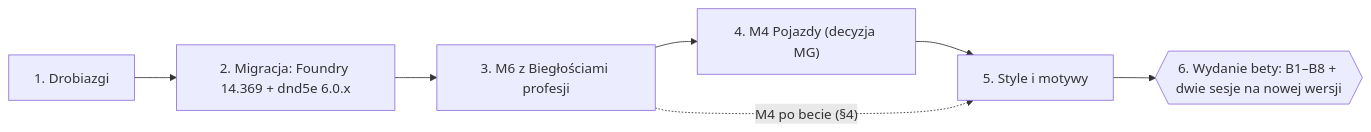
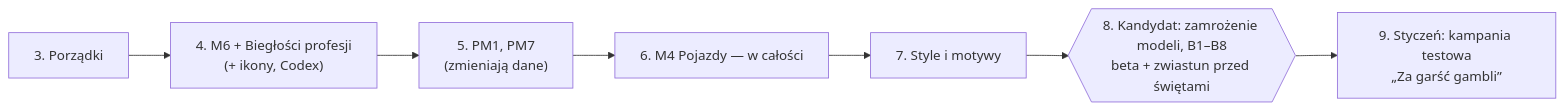
One commit to jjanisze/FVTT-NOE changed the first of 2 diagrams in PLAN_beta.md. Above: the diagram before and after it, drawn with Mermaid. The commit also changed other lines of this file and 1 other file, not shown here.

First line of the commit message:
Plan: road to beta after v0.20.0

````diff
--- a/PLAN_beta.md
+++ b/PLAN_beta.md
@@ -29,9 +31,9 @@
 ```mermaid
 flowchart LR
-  D["1. Drobiazgi"] --> MIG["2. Migracja: Foundry 14.369 + dnd5e 6.0.x"]
-  MIG --> M6["3. M6 z Biegłościami profesji"]
-  M6 --> M4["4. M4 Pojazdy (decyzja MG)"]
-  M4 --> ST["5. Style i motywy"]
-  M6 -. "M4 po becie (§4)" .-> ST
-  ST --> BETA{{"6. Wydanie bety: B1–B8 + dwie sesje na nowej wersji"}}
+  P["3. Porządki"] --> M6["4. M6 + Biegłości profesji<br/>(+ ikony, Codex)"]
+  M6 --> PM["5. PM1, PM7<br/>(zmieniają dane)"]
+  PM --> M4["6. M4 Pojazdy — w całości"]
+  M4 --> ST["7. Style i motywy"]
+  ST --> RC{{"8. Kandydat: zamrożenie modeli, B1–B8<br/>beta + zwiastun przed świętami"}}
+  RC --> GG["9. Styczeń: kampania testowa<br/>„Za garść gambli”"]
 ```
````
